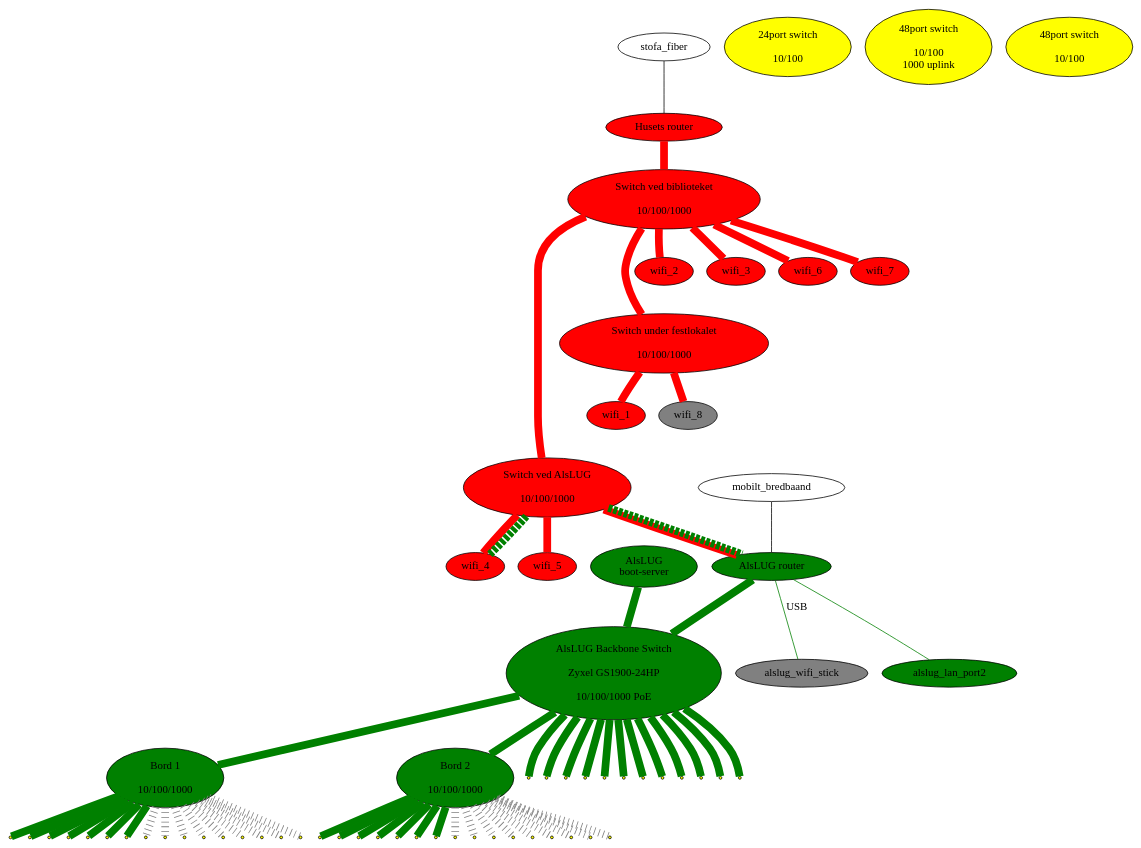
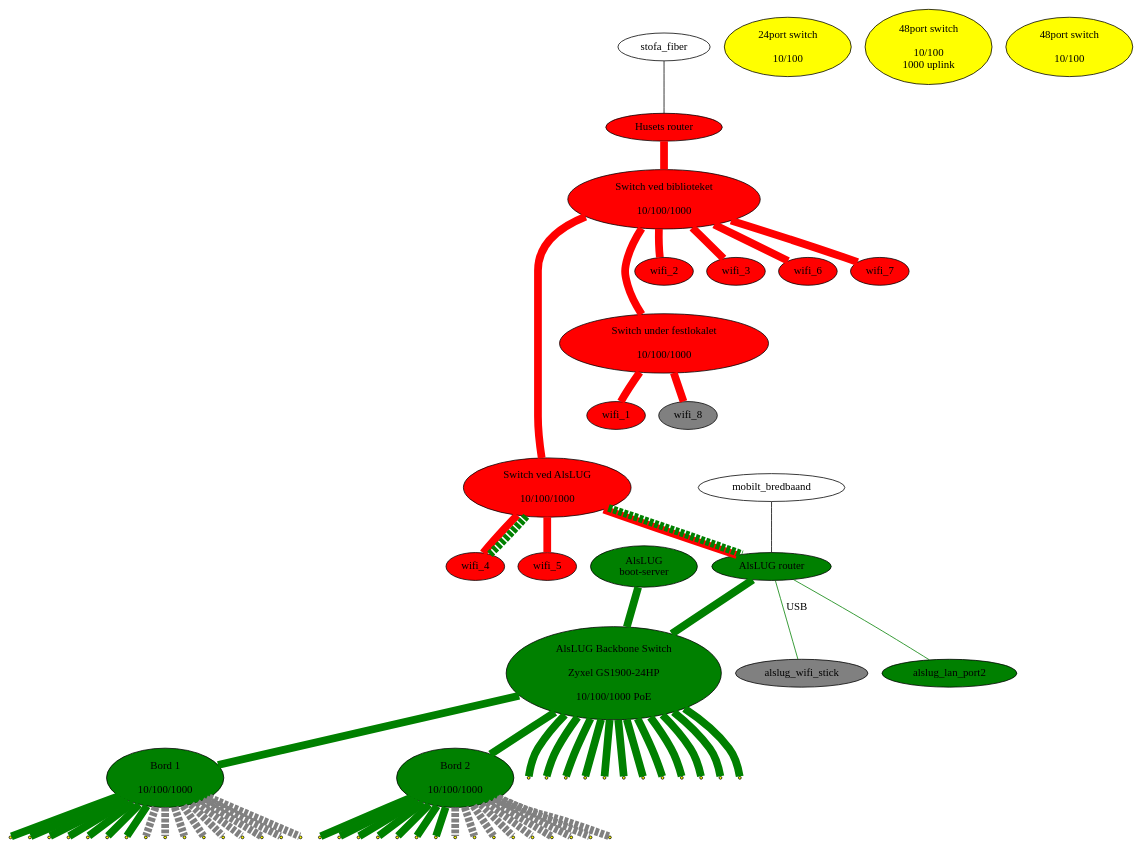
One commit to alslug/alslug.dk changed the diagram in projekter/network.dot. Above: the diagram before and after it, drawn with Graphviz.

```diff
--- a/projekter/network.dot
+++ b/projekter/network.dot
@@ -1,77 +1,77 @@
 digraph xxx {
 #  link_12a [ shape=point ];
 #  link_12b [ shape=point ];
 #  link_12c [ shape=point ];
   edge [ dir=none penwidth=10 ];
 
   node [ style=filled fillcolor=red ];
   husets_router [ label="Husets router" ];
   husets_switch_1 [ label="Switch ved biblioteket\n\n 10/100/1000" ];
   husets_switch_2 [ label="Switch ved AlsLUG\n\n 10/100/1000" ];
   festlokale_switch [ label="Switch under festlokalet\n\n 10/100/1000" ];
   wifi_1 wifi_2 wifi_3 wifi_4 wifi_5 wifi_6 wifi_7;
   wifi_8 [ fillcolor=gray ];
   
   node [ style=filled fillcolor=green ];
   alslug_router [ label="AlsLUG router" ];
   alslug_gl_bootserver [ label="AlsLUG\nboot-server" ];
   alslug_backbone_switch [ label="AlsLUG Backbone Switch\n\nZyxel GS1900-24HP\n\n10/100/1000 PoE"];
   bord_1 [ label="Bord 1\n\n10/100/1000"];
   bord_2 [ label="Bord 2\n\n10/100/1000"];
   alslug_wifi_stick alslug_lan_port2;
   
   // Udstyr som pt ikke bruges
   node [ style=filled fillcolor=yellow ];
   switch_24p      [ label="24port switch\n\n10/100"];
   switch_48p      [ label="48port switch\n\n10/100\n1000 uplink"];
   switch_48p_poe  [ label="48port switch\n\n10/100"];
   
   node [ style=normal ];
   // Internet forbindelser
   stofa_fiber      -> husets_router [ penwidth=1 fillcolor=black style=filled ];
   mobilt_bredbaand -> alslug_router [ penwidth=1 fillcolor=black style=filled ];
   
   // Husets forbindelser
   edge  [ color=red style=solid ];
   husets_router -> husets_switch_1 -> { wifi_2 wifi_3 wifi_6 wifi_7 };
   husets_switch_1 -> husets_switch_2 -> { wifi_4 wifi_5 alslug_router};
   husets_switch_1 -> festlokale_switch -> { wifi_1 wifi_8 };
 
   // VLAN forbindelser over bakkensbros netværk
   edge  [ color=green style=dashed ];
   husets_switch_2 -> { alslug_router wifi_4 };
 
   alslug_wifi_stick [ fillcolor=gray style=filled ];
 
   // Interne forbindelser
   edge [ color=green style=solid ];
   node [ shape=point ];
   {alslug_router alslug_gl_bootserver} -> alslug_backbone_switch -> { bord_1 bord_2 
                   vindue_left_12  vindue_left_11  vindue_left_10  vindue_left_9
                   vindue_center_8 vindue_center_7 vindue_center_6 vindue_center_5
                   vindue_right_4  vindue_right_3  vindue_right_2  vindue_right_1
                   }
  
   alslug_router -> alslug_wifi_stick [ penwidth=1 label="USB" ];
   alslug_router -> alslug_lan_port2 [ penwidth=1 ];
   
   bord_1 -> {
                   bord_1_1 bord_1_2 bord_1_3 bord_1_4
                   bord_1_5 bord_1_6 bord_1_7
                 };
   bord_1 -> {
                   bord_1_8 bord_1_9 bord_1_10 bord_1_11
                   bord_1_12 bord_1_13 bord_1_14 bord_1_15 bord_1_16
-                } [ style=dotted color=gray ];
+                } [ style=dashed color=gray ];
   bord_2 -> {
                   bord_2_1 bord_2_2 bord_2_3 bord_2_4
                   bord_2_5 bord_2_6 bord_2_7
                 };
   bord_2 -> {
                   bord_2_8 bord_2_9 bord_2_10 bord_2_11
                   bord_2_12 bord_2_13 bord_2_14 bord_2_15 bord_2_16
-                } [ style=dotted color=gray ];
+                } [ style=dashed color=gray ];
                 
   edge [ color=invis ];
   husets_switch_1 -> wifi_2 -> festlokale_switch -> wifi_1 -> husets_switch_2;
 }
```
